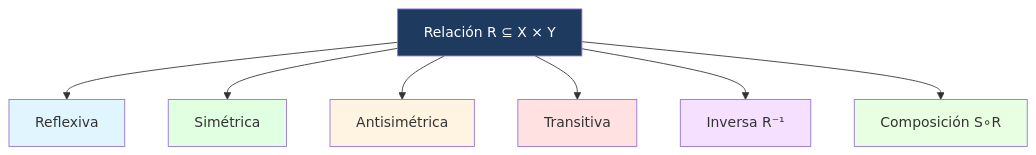
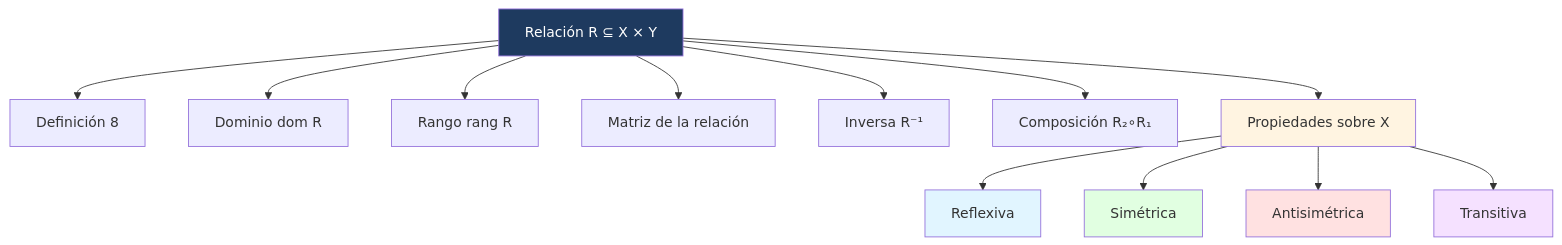
The diagram in Universidad/3er Semestre/Matemáticas Discretas/Unidad 2 - Funciones y Relaciones/02 - Relaciones.md (Fsteven22/Notas-de-Universidad-Freddy-Sanchez-), drawn with Mermaid before and after one commit. The commit also changed other lines of this file and 16 other files, not shown here.

````diff
--- a/Universidad/3er Semestre/Matemáticas Discretas/Unidad 2 - Funciones y Relaciones/02 - Relaciones.md
+++ b/Universidad/3er Semestre/Matemáticas Discretas/Unidad 2 - Funciones y Relaciones/02 - Relaciones.md
@@ -117,17 +316,21 @@
 ```mermaid
 graph TD
-    A[Relación R ⊆ X × Y] --> B[Reflexiva]
-    A --> C[Simétrica]
-    A --> D[Antisimétrica]
-    A --> E[Transitiva]
+    A[Relación R ⊆ X × Y] --> B[Definición 8]
+    A --> C[Dominio dom R]
+    A --> D[Rango rang R]
+    A --> E[Matriz de la relación]
     A --> F[Inversa R⁻¹]
-    A --> G[Composición S∘R]
+    A --> G[Composición R₂∘R₁]
+    A --> H[Propiedades sobre X]
+    H --> H1[Reflexiva]
+    H --> H2[Simétrica]
+    H --> H3[Antisimétrica]
+    H --> H4[Transitiva]
 
     style A fill:#1e3a5f,color:#fff
-    style B fill:#e1f5ff
-    style C fill:#e1ffe1
-    style D fill:#fff4e1
-    style E fill:#ffe1e1
-    style F fill:#f5e1ff
-    style G fill:#e8ffe1
+    style H fill:#fff4e1
+    style H1 fill:#e1f5ff
+    style H2 fill:#e1ffe1
+    style H3 fill:#ffe1e1
+    style H4 fill:#f5e1ff
 ```
````
